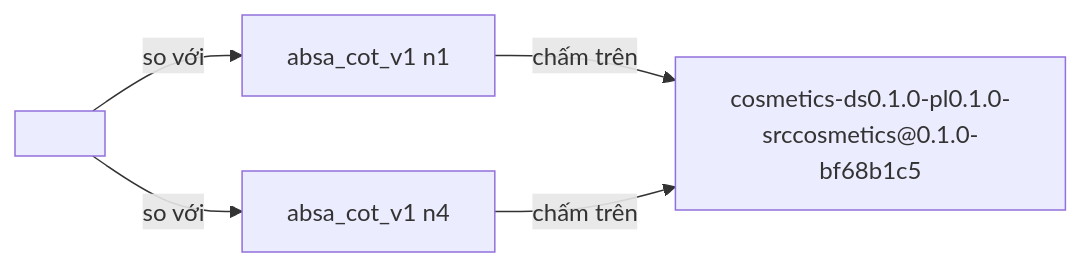
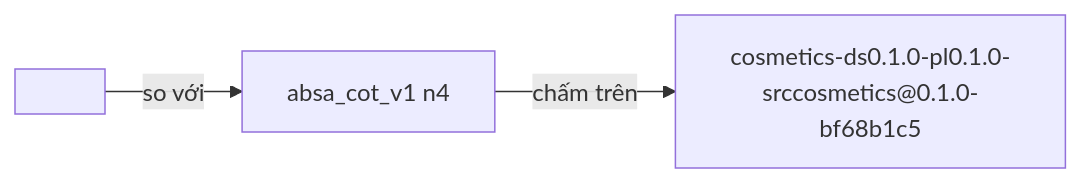
Before and after one commit to TrieuKhac-dev/SentimentX: the diagram in data/reports/metrics_matrix/metrics_matrix.md, drawn with Mermaid. The commit also changed 7 other files, not shown here.

````diff
--- a/data/reports/metrics_matrix/metrics_matrix.md
+++ b/data/reports/metrics_matrix/metrics_matrix.md
@@ -3,11 +3,8 @@
 ```mermaid
 graph LR
   n1["<công bố>"]
-  n2["absa_cot_v1 n1"]
-  n3["absa_cot_v1 n4"]
-  n4["cosmetics-ds0.1.0-pl0.1.0-srccosmetics@0.1.0-bf68b1c5"]
+  n2["absa_cot_v1 n4"]
+  n3["cosmetics-ds0.1.0-pl0.1.0-srccosmetics@0.1.0-bf68b1c5"]
   n1 -->|so với| n2
-  n1 -->|so với| n3
-  n2 -->|chấm trên| n4
-  n3 -->|chấm trên| n4
+  n2 -->|chấm trên| n3
 ```
````
